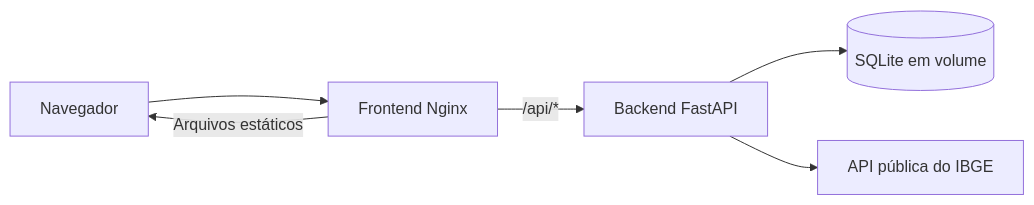
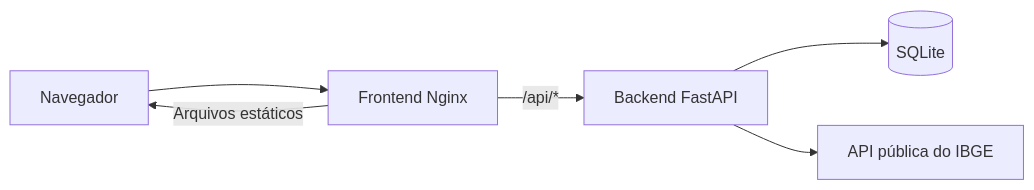
One commit to mgarnier/popemjogo-front changed the diagram in README.md. Above: the diagram before and after it, drawn with Mermaid. The commit also changed other lines of this file and 1 other file, not shown here.

Commit message:
Atualiza documentação e adiciona diagrama da arquitetura

````diff
--- a/README.md
+++ b/README.md
@@ -9,8 +9,8 @@
 ```mermaid
 flowchart LR
     Browser[Navegador] --> Nginx[Frontend Nginx]
     Nginx -->|Arquivos estáticos| Browser
     Nginx -->|/api/*| FastAPI[Backend FastAPI]
-    FastAPI --> SQLite[(SQLite em volume)]
+    FastAPI --> SQLite[(SQLite)]
     FastAPI --> IBGE[API pública do IBGE]
 ```
````
